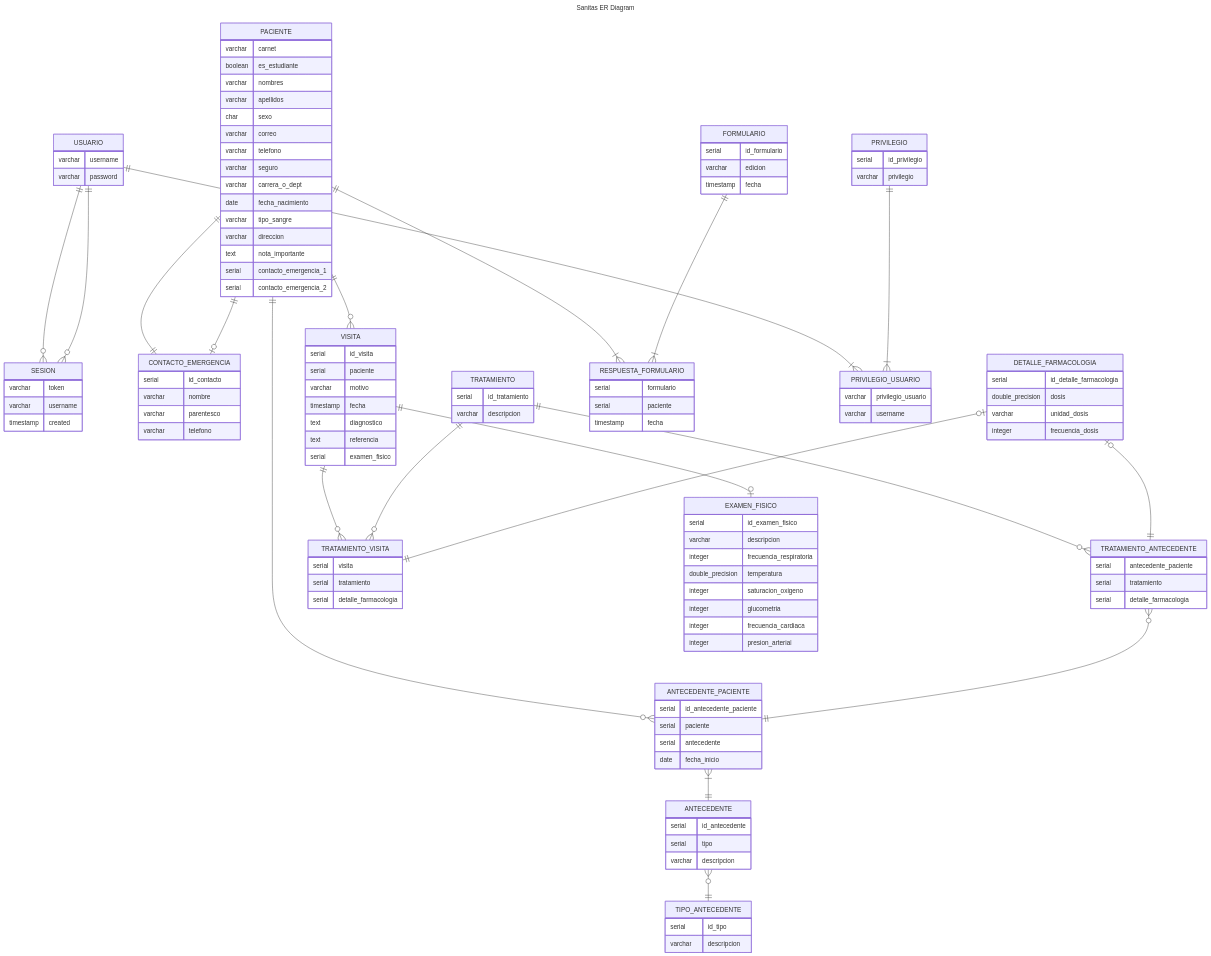
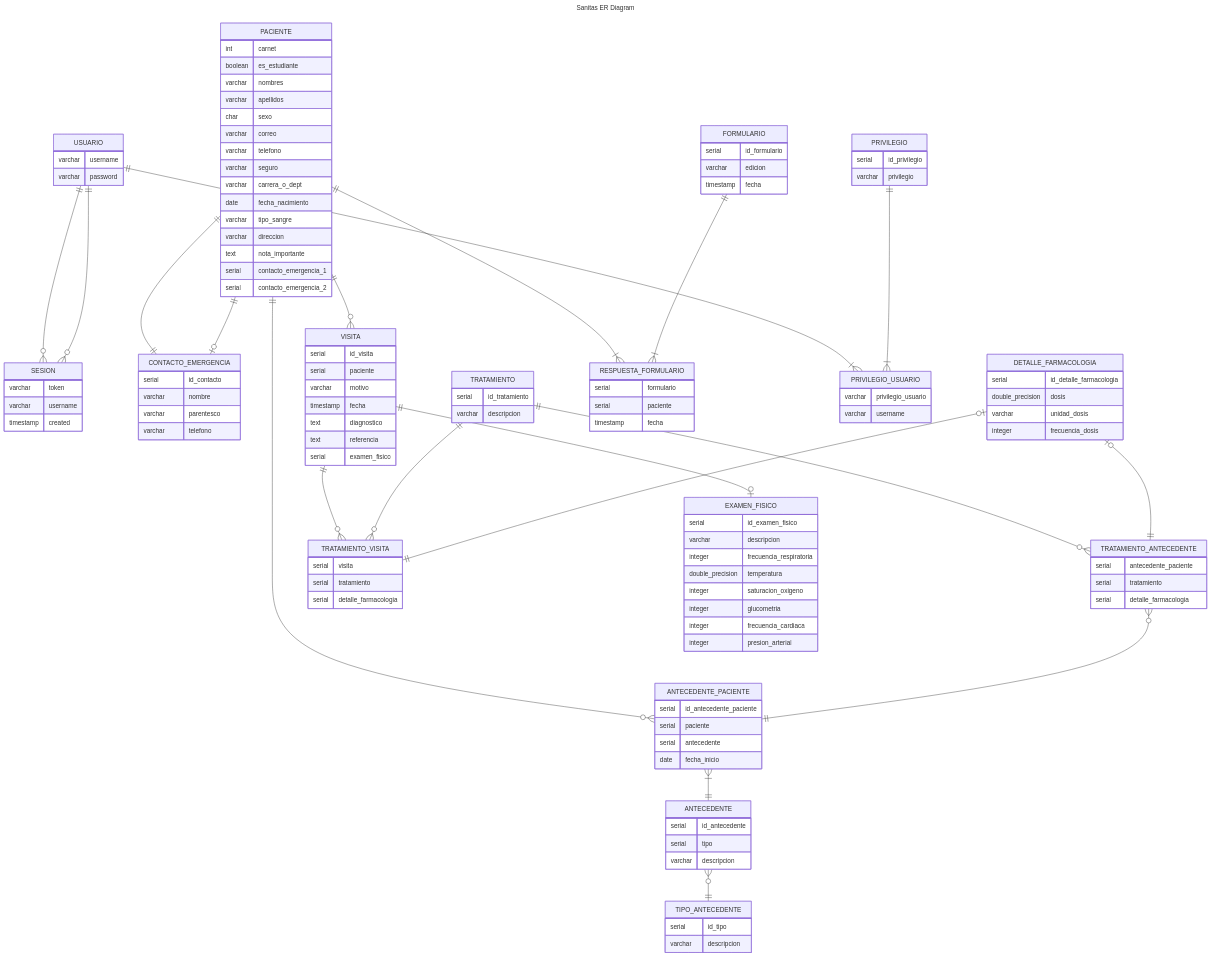
Before and after one commit to SanitasUVG/Sanitas: the diagram in wiki/mantenimiento/db/README.md, drawn with Mermaid.

Commit message:
fix: correction data type in paciente table

```diff
--- a/wiki/mantenimiento/db/README.md
+++ b/wiki/mantenimiento/db/README.md
@@ -24,7 +24,7 @@
         varchar telefono
     }
     PACIENTE {
-        varchar carnet
+        int carnet
         boolean es_estudiante
         varchar nombres
         varchar apellidos
```
